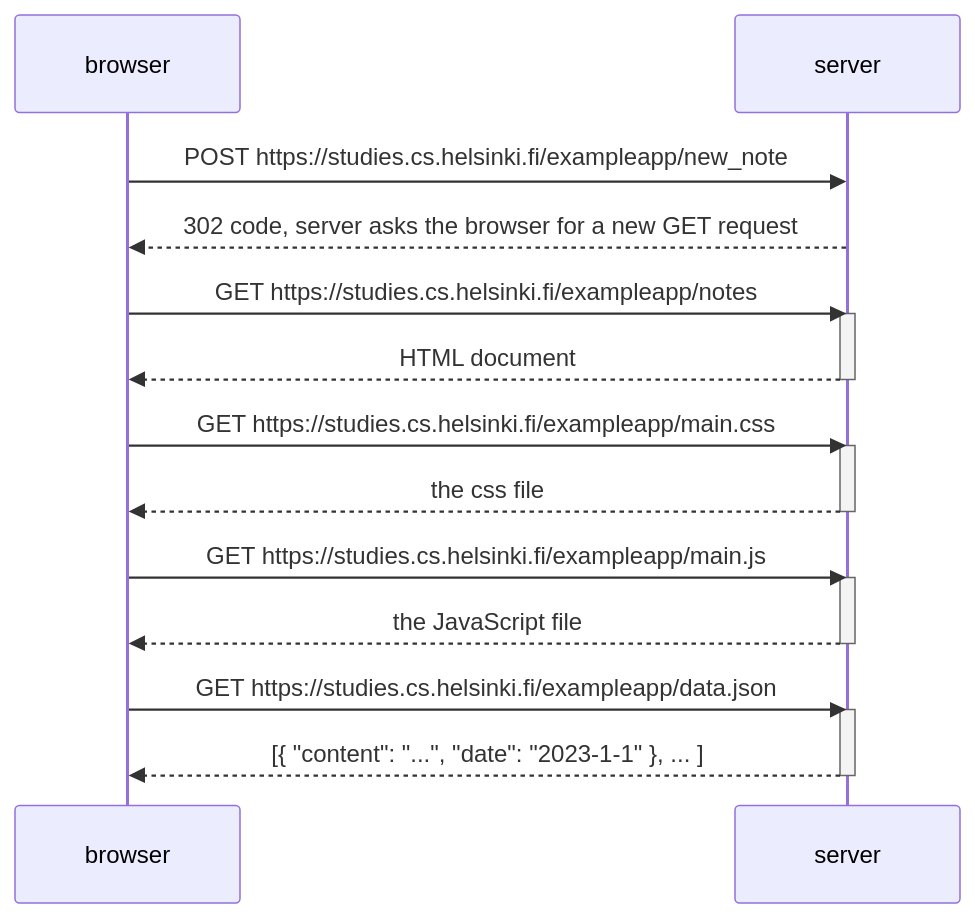
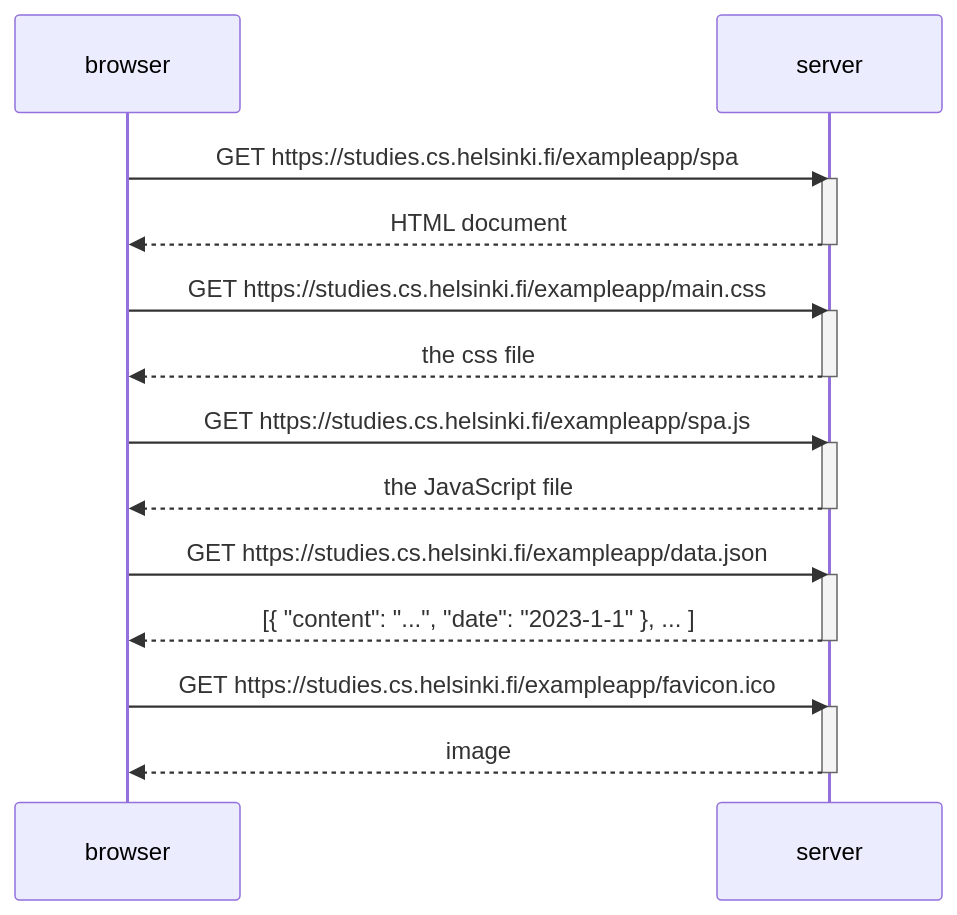
Before and after one commit to dwahroianmai/fullstackopen: the diagram in part0/spa05.md, drawn with Mermaid.

Commit message:
write 0.5

````diff
--- a/part0/spa05.md
+++ b/part0/spa05.md
@@ -3,28 +3,30 @@
 ```mermaid
 sequenceDiagram
     participant browser
     participant server
 
-    browser->>server: POST https://studies.cs.helsinki.fi/exampleapp/new_note
-    server-->>browser: 302 code, server asks the browser for a new GET request
-
-    browser->>server: GET https://studies.cs.helsinki.fi/exampleapp/notes
+    browser->>server: GET https://studies.cs.helsinki.fi/exampleapp/spa
     activate server
     server-->>browser: HTML document
     deactivate server
 
     browser->>server: GET https://studies.cs.helsinki.fi/exampleapp/main.css
     activate server
     server-->>browser: the css file
     deactivate server
 
-    browser->>server: GET https://studies.cs.helsinki.fi/exampleapp/main.js
+    browser->>server: GET https://studies.cs.helsinki.fi/exampleapp/spa.js
     activate server
     server-->>browser: the JavaScript file
     deactivate server
 
     browser->>server: GET https://studies.cs.helsinki.fi/exampleapp/data.json
     activate server
     server-->>browser: [{ "content": "...", "date": "2023-1-1" }, ... ]
     deactivate server
+
+    browser->>server: GET https://studies.cs.helsinki.fi/exampleapp/favicon.ico
+    activate server
+    server-->>browser: image
+    deactivate server
 ```
````
